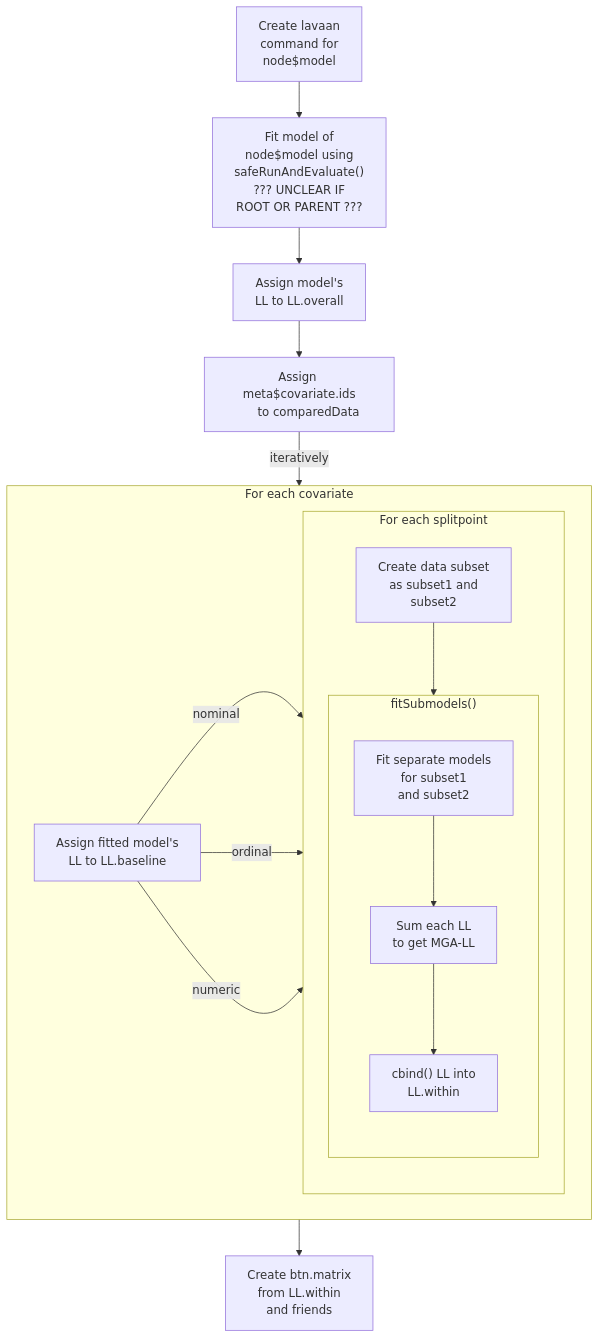
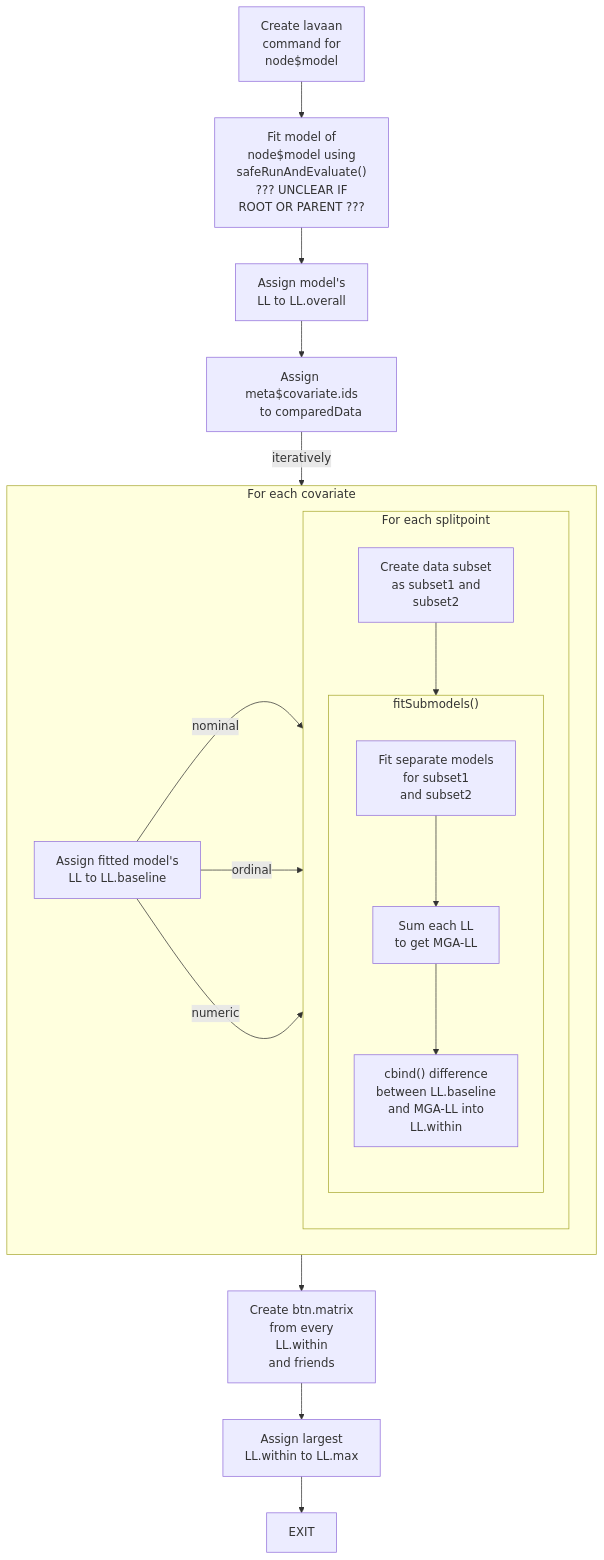
Before and after one commit to emstruong/semtree: the fourth of 4 diagrams in dev/UnderstandingSEMTrees.qmd, drawn with Mermaid. The commit also changed 1 other file, not shown here.

Commit message:
More notes

````diff
--- a/dev/UnderstandingSEMTrees.qmd
+++ b/dev/UnderstandingSEMTrees.qmd
@@ -166,46 +166,51 @@
 ```{mermaid}
 %% TODO: This problem here
 flowchart TB
     A["Create lavaan
     command for
     node$model"] 
     B["Fit model of 
     node$model using 
     safeRunAndEvaluate()
     ??? UNCLEAR IF 
     ROOT OR PARENT ???"]
     C["Assign model's
     LL to LL.overall"]
     D[Assign meta$covariate.ids
      to comparedData]
     A --> B --> C --> D
     D --iteratively--> iter
     
     subgraph iter[For each covariate]
         E[Assign fitted model's
         LL to LL.baseline]
         subgraph submodels[For each splitpoint]
             F[Create data subset 
             as subset1 and 
             subset2]
             subgraph fitSubmodels["fitSubmodels()"]
             G["Fit separate models
             for subset1
             and subset2"]
             H["Sum each LL
             to get MGA-LL"]
-            I["cbind() LL into 
+            I["cbind() difference 
+            between LL.baseline
+            and MGA-LL into 
         LL.within"]
         G --> H --> I
         end
         F --> fitSubmodels
         end
         E -- nominal --> submodels
         E -- ordinal --> submodels
         E -- numeric --> submodels
     end
     iter --> J[Create btn.matrix
-    from LL.within 
+    from every
+    LL.within 
     and friends]
+    J --> K[Assign largest
+    LL.within to LL.max] --> L[EXIT]
     
 ```
````
